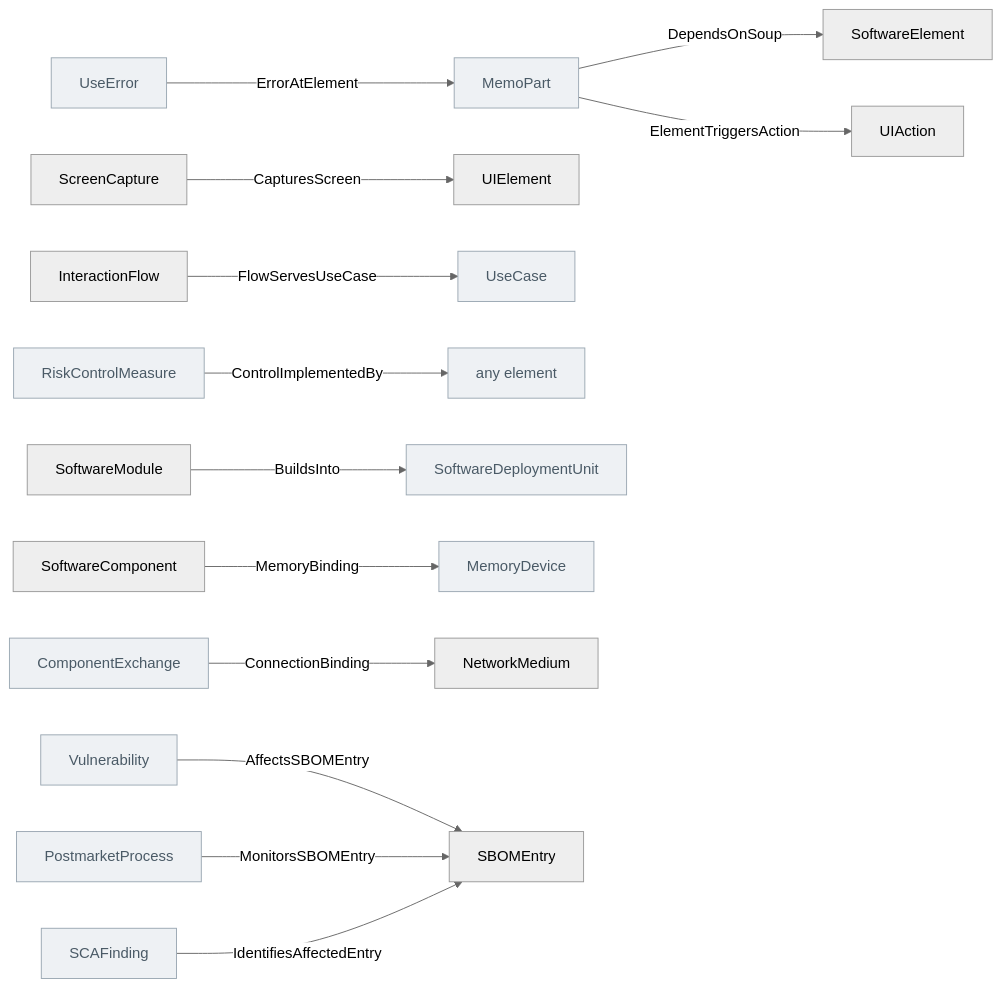
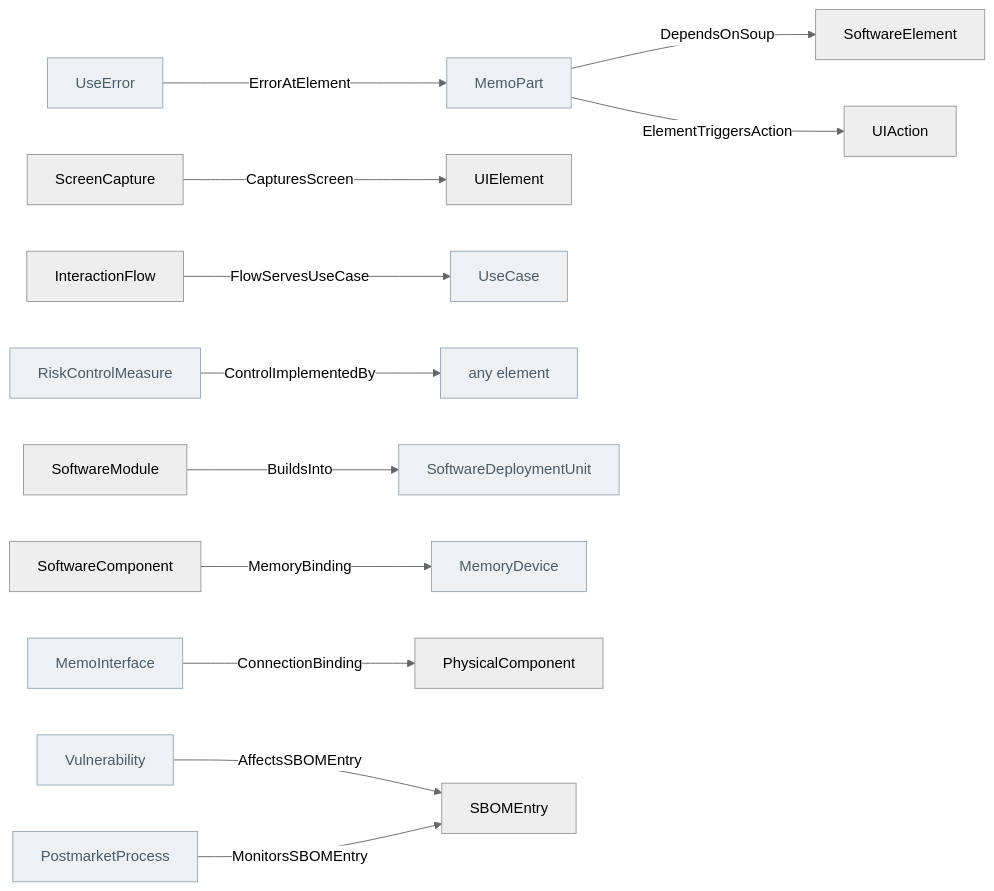
One commit to memoarchitect/memo changed the diagram in docs/ontology/_generated/implementation.md. Above: the diagram before and after it, drawn with Mermaid (neutral theme). The commit also changed other lines of this file and 30 other files, not shown here.

````diff
--- a/docs/ontology/_generated/implementation.md
+++ b/docs/ontology/_generated/implementation.md
@@ -69,36 +69,34 @@
 ```mermaid
 flowchart LR
   MemoPart["MemoPart"]:::other
   SoftwareElement["SoftwareElement"]
   ScreenCapture["ScreenCapture"]
   UIElement["UIElement"]
   UIAction["UIAction"]
   InteractionFlow["InteractionFlow"]
   UseCase["UseCase"]:::other
   UseError["UseError"]:::other
   RiskControlMeasure["RiskControlMeasure"]:::other
   anyElement["any element"]:::other
   SoftwareModule["SoftwareModule"]
   SoftwareDeploymentUnit["SoftwareDeploymentUnit"]:::other
   SoftwareComponent["SoftwareComponent"]
   MemoryDevice["MemoryDevice"]:::other
-  ComponentExchange["ComponentExchange"]:::other
-  NetworkMedium["NetworkMedium"]
+  MemoInterface["MemoInterface"]:::other
+  PhysicalComponent["PhysicalComponent"]
   Vulnerability["Vulnerability"]:::other
   SBOMEntry["SBOMEntry"]
   PostmarketProcess["PostmarketProcess"]:::other
-  SCAFinding["SCAFinding"]:::other
   MemoPart -->|DependsOnSoup| SoftwareElement
   ScreenCapture -->|CapturesScreen| UIElement
   MemoPart -->|ElementTriggersAction| UIAction
   InteractionFlow -->|FlowServesUseCase| UseCase
   UseError -->|ErrorAtElement| MemoPart
   RiskControlMeasure -->|ControlImplementedBy| anyElement
   SoftwareModule -->|BuildsInto| SoftwareDeploymentUnit
   SoftwareComponent -->|MemoryBinding| MemoryDevice
-  ComponentExchange -->|ConnectionBinding| NetworkMedium
+  MemoInterface -->|ConnectionBinding| PhysicalComponent
   Vulnerability -->|AffectsSBOMEntry| SBOMEntry
   PostmarketProcess -->|MonitorsSBOMEntry| SBOMEntry
-  SCAFinding -->|IdentifiesAffectedEntry| SBOMEntry
   classDef other fill:#eef1f4,stroke:#9aa7b2,color:#4a5a66
 ```
````
